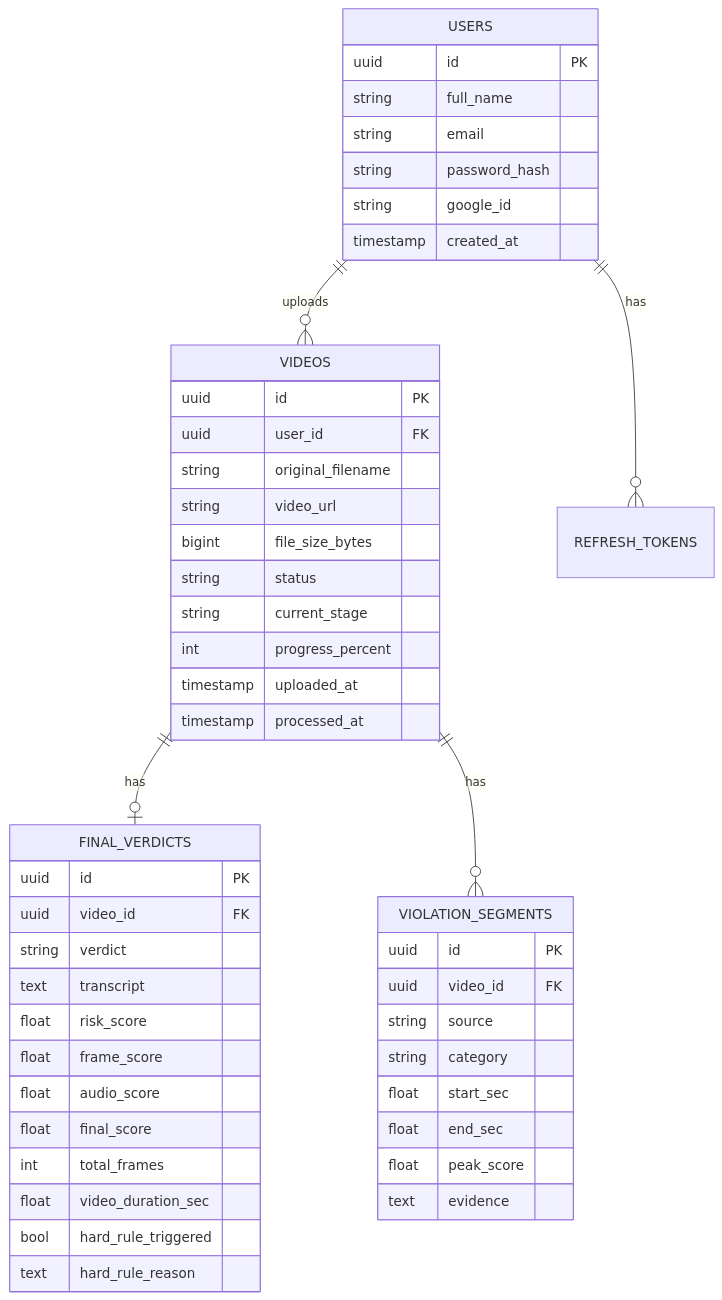
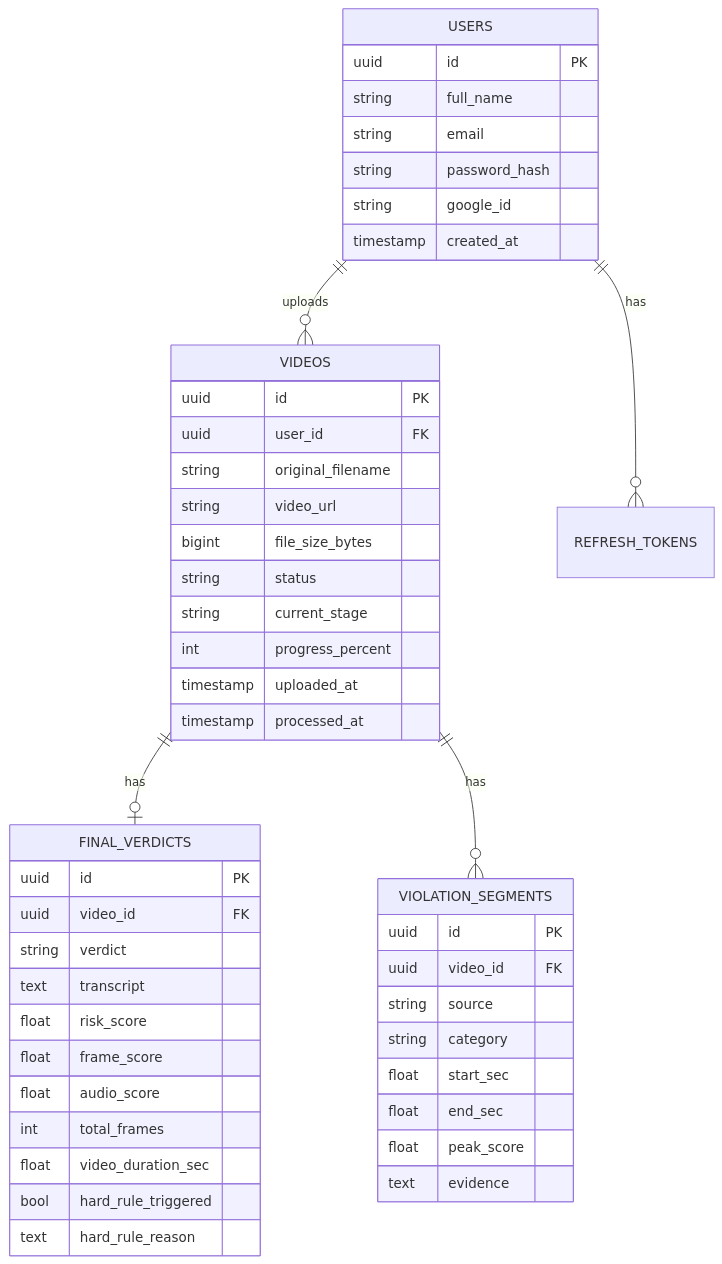
The third of 5 diagrams in docs/SYSTEM_OVERVIEW.md (pnhatthanh/vidio-guard-fe), drawn with Mermaid before and after one commit. The commit also changed other lines of this file and 15 other files, not shown here.

````diff
--- a/docs/SYSTEM_OVERVIEW.md
+++ b/docs/SYSTEM_OVERVIEW.md
@@ -255,55 +256,54 @@
 ```mermaid
 erDiagram
   USERS ||--o{ VIDEOS : uploads
   VIDEOS ||--o| FINAL_VERDICTS : has
   VIDEOS ||--o{ VIOLATION_SEGMENTS : has
   USERS ||--o{ REFRESH_TOKENS : has
 
   USERS {
     uuid id PK
     string full_name
     string email
     string password_hash
     string google_id
     timestamp created_at
   }
 
   VIDEOS {
     uuid id PK
     uuid user_id FK
     string original_filename
     string video_url
     bigint file_size_bytes
     string status
     string current_stage
     int progress_percent
     timestamp uploaded_at
     timestamp processed_at
   }
 
     FINAL_VERDICTS {
         uuid id PK
         uuid video_id FK
         string verdict
         text transcript
         float risk_score
         float frame_score
         float audio_score
-        float final_score
         int total_frames
         float video_duration_sec
         bool hard_rule_triggered
         text hard_rule_reason
     }
 
   VIOLATION_SEGMENTS {
     uuid id PK
     uuid video_id FK
     string source
     string category
     float start_sec
     float end_sec
     float peak_score
     text evidence
   }
 ```
````
